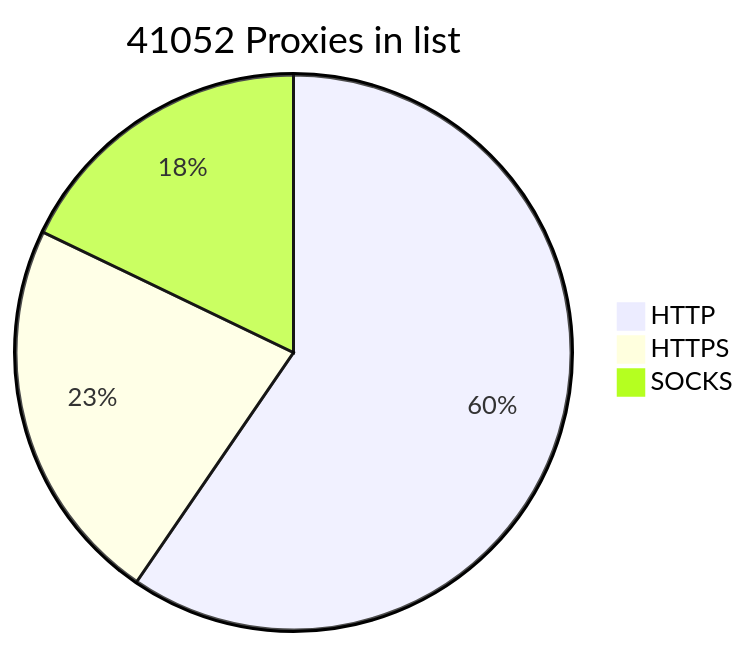
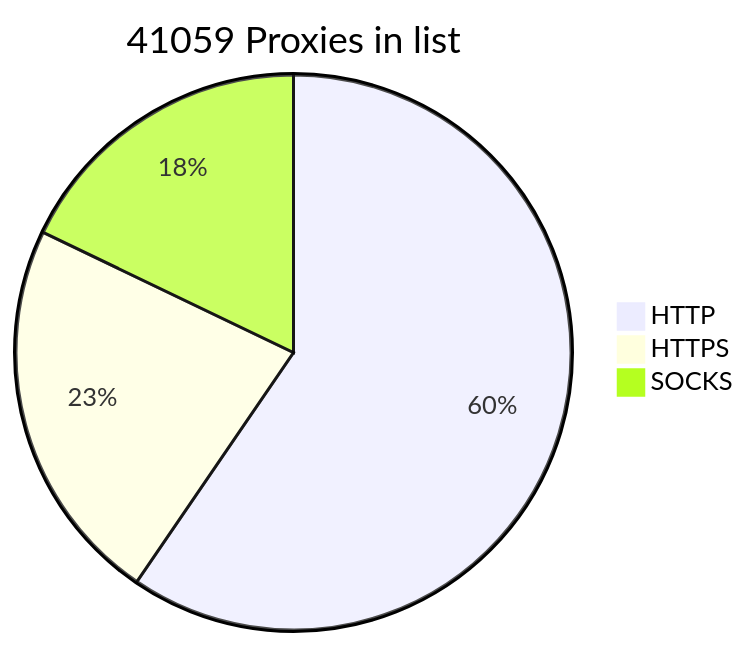
One commit to BlackSnowDot/proxylist-update-every-minute changed the diagram in README.md. Above: the diagram before and after it, drawn with Mermaid.

````diff
--- a/README.md
+++ b/README.md
@@ -2,6 +2,6 @@
 ```mermaid
-pie title 41052 Proxies in list
-    "HTTP" : 28764
+pie title 41059 Proxies in list
+    "HTTP" : 28765
     "HTTPS": 10907
-    "SOCKS" : 8632
+    "SOCKS" : 8638
 ```
````
